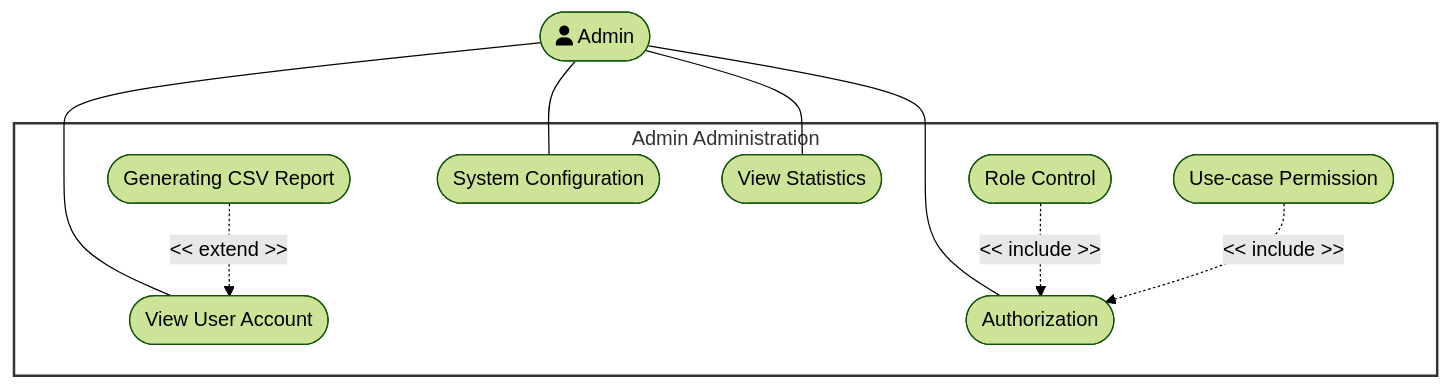
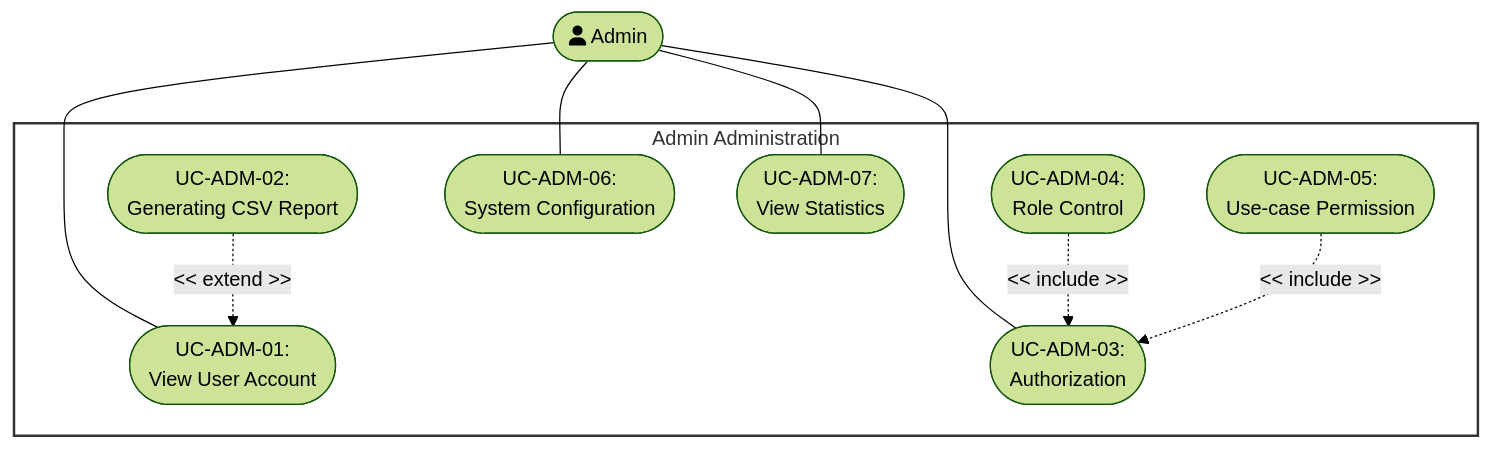
The ninth of 9 diagrams in docs/management/PA3/Use-CaseDiagram.md (DuyNhat1705/AmeThyst-Library), drawn with Mermaid (forest theme) before and after one commit. The commit also changed other lines of this file and 4 other files, not shown here.

````diff
--- a/docs/management/PA3/Use-CaseDiagram.md
+++ b/docs/management/PA3/Use-CaseDiagram.md
@@ -355,19 +355,19 @@
 ```mermaid
 flowchart TD
  subgraph AdminAdministration["Admin Administration"]
-        UC1(["View User Account"])
-        UC2(["Generating CSV Report"])
-        UC3(["Authorization"])
-        UC4(["Role Control"])
-        UC5(["Use-case Permission"])
-        UC6(["System Configuration"])
-        UC7(["View Statistics"])
+        UC1(["<center>UC-ADM-01:<br>View User Account</center>"])
+        UC2(["<center>UC-ADM-02:<br>Generating CSV Report</center>"])
+        UC3(["<center>UC-ADM-03:<br>Authorization</center>"])
+        UC4(["<center>UC-ADM-04:<br>Role Control</center>"])
+        UC5(["<center>UC-ADM-05:<br>Use-case Permission</center>"])
+        UC6(["<center>UC-ADM-06:<br>System Configuration</center>"])
+        UC7(["<center>UC-ADM-07:<br>View Statistics</center>"])
   end
-    Admin(["fa:fa-user Admin"]) ~~~~ AdminAdministration
+    Admin(["<center>fa:fa-user Admin</center>"]) ~~~~ AdminAdministration
     Admin --- UC1 & UC3 & UC6 & UC7
     UC2 -. "<< extend >>" .-> UC1
     UC4 -. "<< include >>" .-> UC3
     UC5 -. "<< include >>" .-> UC3
 
     style AdminAdministration fill:#fff,stroke:#333,stroke-width:2px
 ```
````
